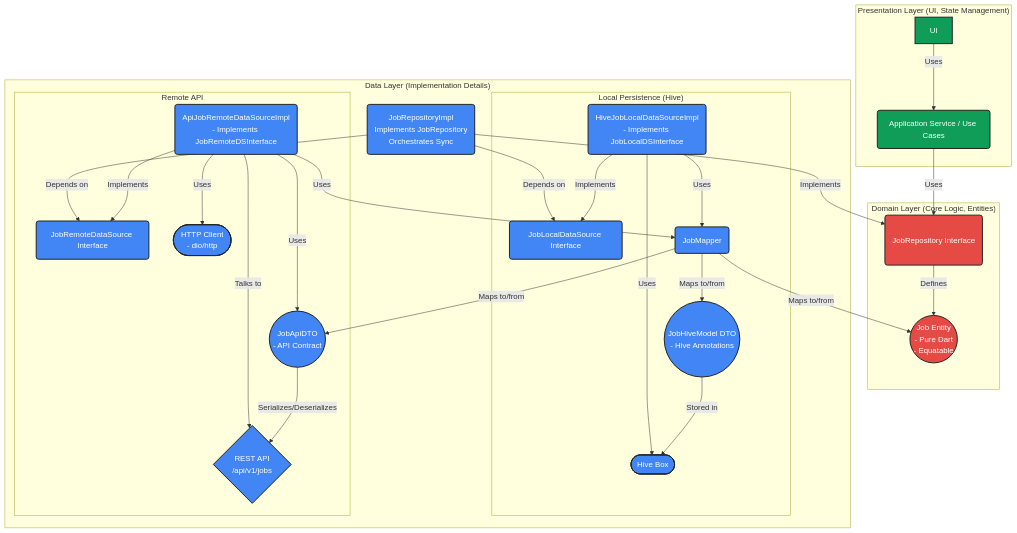
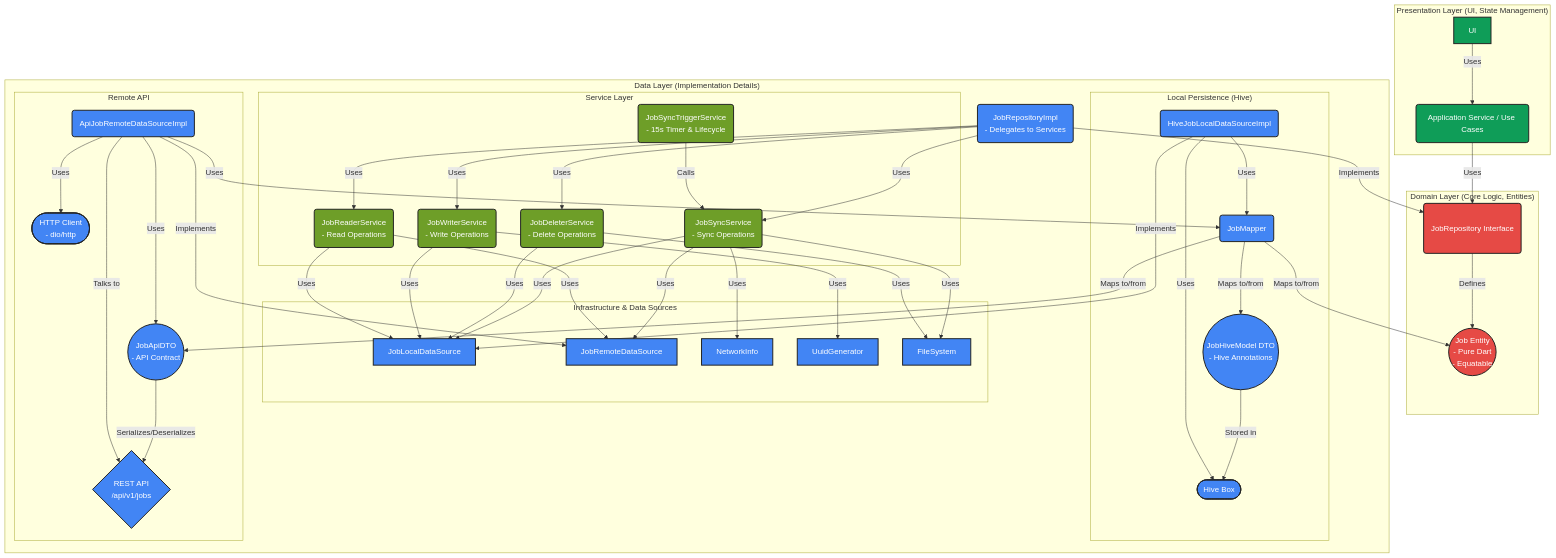
One commit to MediScribe/docjet-mobile changed the first of 3 diagrams in docs/fresh-start/job_dataflow.md. Above: the diagram before and after it, drawn with Mermaid. The commit also changed other lines of this file, not shown here.

First line of the commit message:
Updated architecture document

````diff
--- a/docs/fresh-start/job_dataflow.md
+++ b/docs/fresh-start/job_dataflow.md
@@ -51,7 +57,6 @@
 graph TD
     subgraph "Presentation Layer (UI, State Management)"
         UI --> |Uses| AppService(Application Service / Use Cases)
-        
     end
 
     subgraph "Domain Layer (Core Logic, Entities)"
@@ -61,12 +66,47 @@
     end
 
     subgraph "Data Layer (Implementation Details)"
-        JobRepositoryImpl(JobRepositoryImpl<br>Implements JobRepository<br>Orchestrates Sync) -->|Implements| JobRepositoryInterface
-        JobRepositoryImpl -->|Depends on| JobLocalDSInterface(JobLocalDataSource Interface)
-        JobRepositoryImpl -->|Depends on| JobRemoteDSInterface(JobRemoteDataSource Interface)
+        JobRepositoryImpl(JobRepositoryImpl<br>- Delegates to Services) -->|Implements| JobRepositoryInterface
+
+        subgraph "Service Layer"
+            ReaderService(JobReaderService<br>- Read Operations)
+            WriterService(JobWriterService<br>- Write Operations)
+            DeleterService(JobDeleterService<br>- Delete Operations)
+            SyncService(JobSyncService<br>- Sync Operations)
+            SyncTrigger(JobSyncTriggerService<br>- 15s Timer & Lifecycle)
+            
+            SyncTrigger -->|Calls| SyncService
+        end
+
+        JobRepositoryImpl -->|Uses| ReaderService
+        JobRepositoryImpl -->|Uses| WriterService
+        JobRepositoryImpl -->|Uses| DeleterService
+        JobRepositoryImpl -->|Uses| SyncService
+
+        subgraph "Infrastructure & Data Sources"
+            LocalDS[JobLocalDataSource]
+            RemoteDS[JobRemoteDataSource]
+            Network[NetworkInfo]
+            UUID[UuidGenerator]
+            FileSystem[FileSystem]
+        end
+
+        ReaderService -->|Uses| LocalDS
+        ReaderService -->|Uses| RemoteDS
+        
+        WriterService -->|Uses| LocalDS
+        WriterService -->|Uses| UUID
+        
+        DeleterService -->|Uses| LocalDS
+        DeleterService -->|Uses| FileSystem
+        
+        SyncService -->|Uses| LocalDS
+        SyncService -->|Uses| RemoteDS
+        SyncService -->|Uses| Network
+        SyncService -->|Uses| FileSystem
 
         subgraph "Local Persistence (Hive)"
-            HiveJobLocalDS(HiveJobLocalDataSourceImpl<br>- Implements JobLocalDSInterface) -->|Implements| JobLocalDSInterface
+            HiveJobLocalDS(HiveJobLocalDataSourceImpl) -->|Implements| LocalDS
             HiveJobLocalDS -->|Uses| JobMapper(JobMapper)
             HiveJobLocalDS -->|Uses| HiveBox([Hive Box])
             JobMapper -->|Maps to/from| JobHiveModel((JobHiveModel DTO<br>- Hive Annotations))
@@ -75,7 +115,7 @@
         end
 
         subgraph "Remote API"
-            ApiJobRemoteDS(ApiJobRemoteDataSourceImpl<br>- Implements JobRemoteDSInterface) -->|Implements| JobRemoteDSInterface
+            ApiJobRemoteDS(ApiJobRemoteDataSourceImpl) -->|Implements| RemoteDS
             ApiJobRemoteDS -->|Uses| HttpClient([HTTP Client<br>- dio/http])
             ApiJobRemoteDS -->|Uses| JobMapper
             ApiJobRemoteDS -->|Uses| JobApiDTO((JobApiDTO<br>- API Contract))
@@ -88,10 +128,12 @@
     %% Styling for clarity with improved contrast
     classDef invisible fill:none,stroke:none;
     classDef domain fill:#E64A45,stroke:#222,stroke-width:2px,color:#fff,padding:15px;
+    classDef service fill:#6E9E28,stroke:#222,stroke-width:2px,color:#fff;
     classDef data fill:#4285F4,stroke:#222,stroke-width:2px,color:#fff;
     classDef presentation fill:#0F9D58,stroke:#222,stroke-width:2px,color:#fff;
 
     class JobEntity,JobRepositoryInterface domain;
-    class JobRepositoryImpl,JobLocalDSInterface,JobRemoteDSInterface,HiveJobLocalDS,ApiJobRemoteDS,JobMapper,JobHiveModel,JobApiDTO,HiveBox,HttpClient,RestAPI data;
+    class ReaderService,WriterService,DeleterService,SyncService,SyncTrigger service;
+    class JobRepositoryImpl,LocalDS,RemoteDS,HiveJobLocalDS,ApiJobRemoteDS,JobMapper,JobHiveModel,JobApiDTO,HiveBox,HttpClient,RestAPI,Network,UUID,FileSystem data;
     class UI,AppService presentation;
 ```
````
